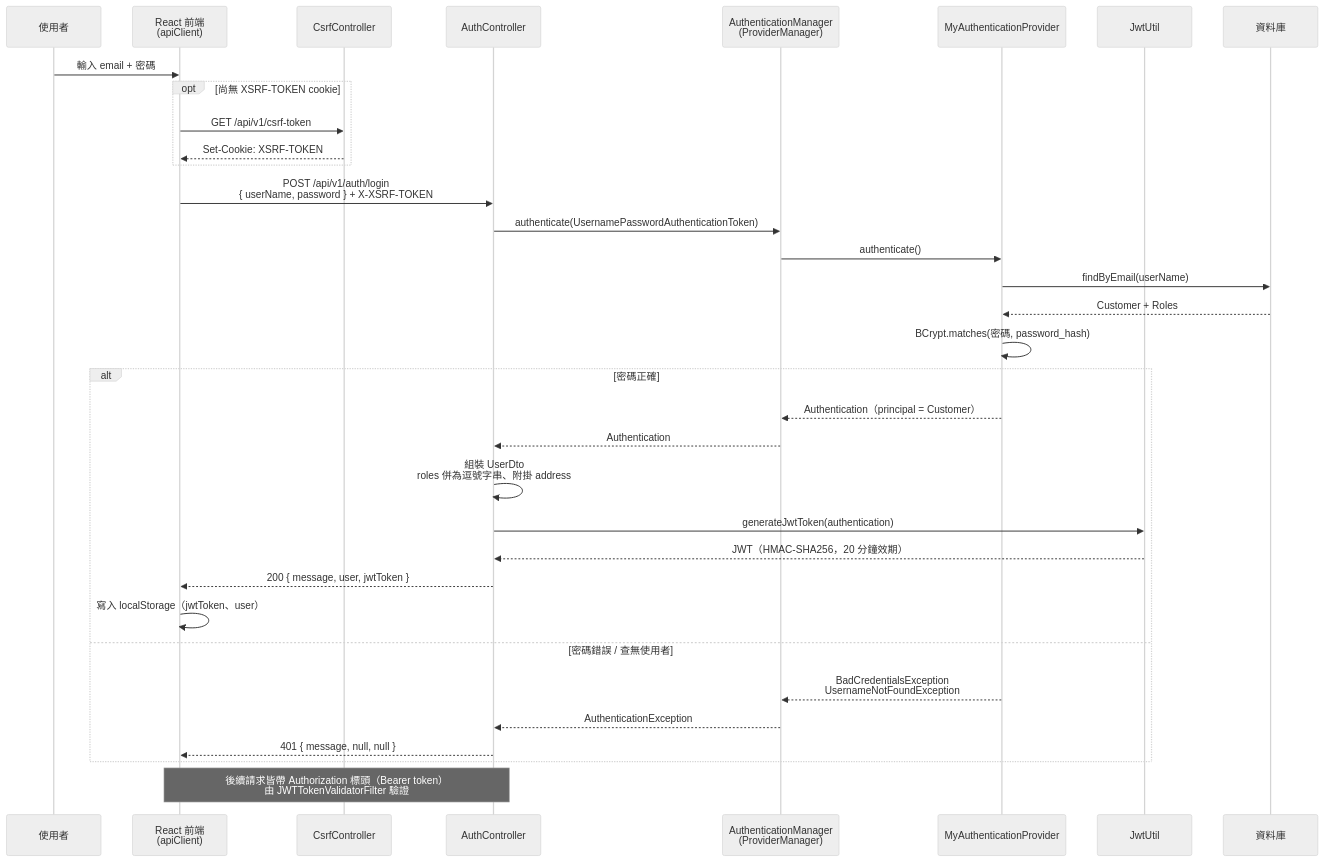
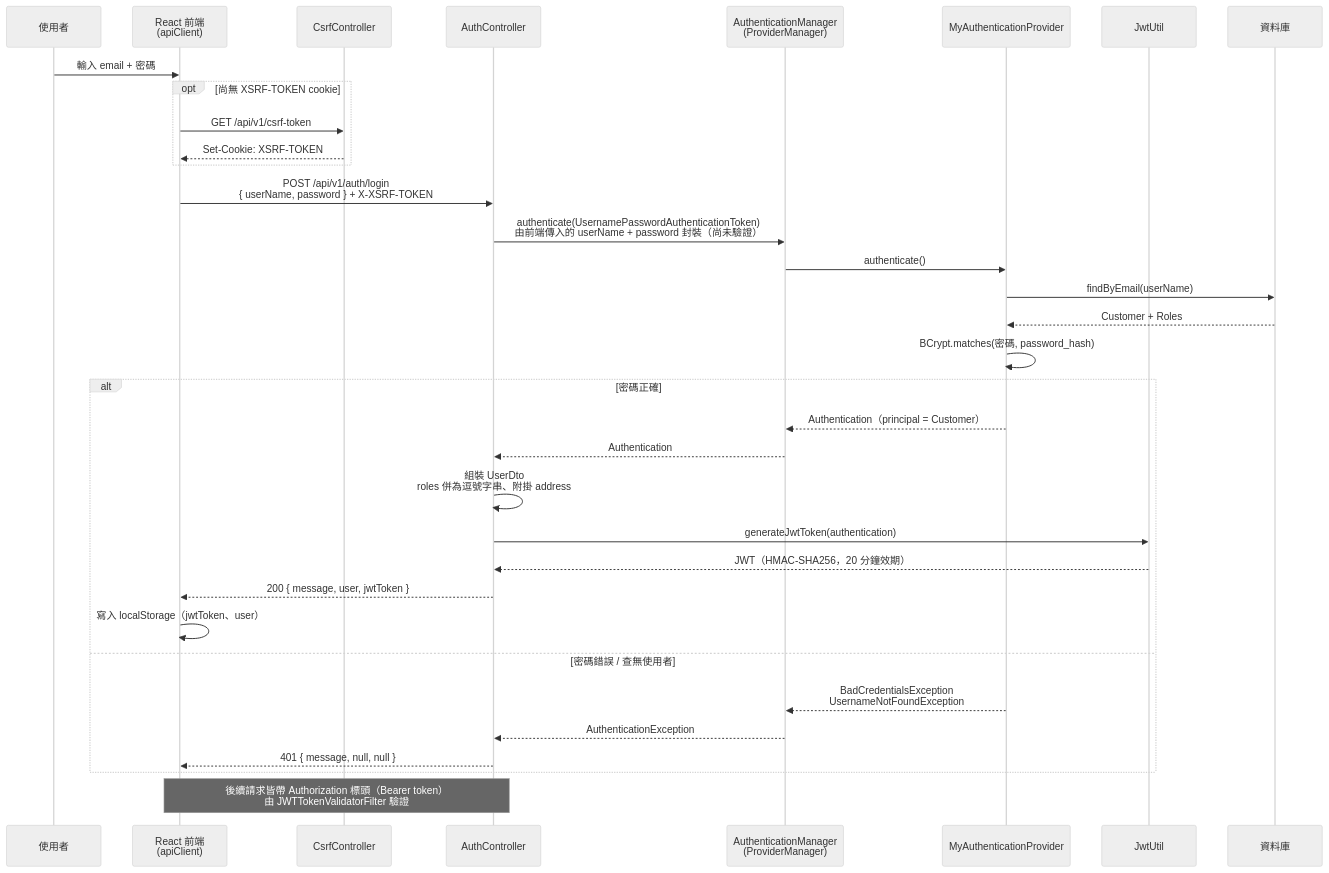
One commit to tonysk0210/react-springboot-webapp changed the second of 5 diagrams in README.md. Above: the diagram before and after it, drawn with Mermaid (neutral theme). The commit also changed 4 other files, not shown here.

````diff
--- a/README.md
+++ b/README.md
@@ -78,38 +78,38 @@
 ```mermaid
 sequenceDiagram
     participant U as 使用者
     participant F as React 前端<br/>(apiClient)
     participant C as CsrfController
     participant A as AuthController
     participant M as AuthenticationManager<br/>(ProviderManager)
     participant P as MyAuthenticationProvider
     participant J as JwtUtil
     participant DB as 資料庫
 
     U->>F: 輸入 email + 密碼
     opt 尚無 XSRF-TOKEN cookie
         F->>C: GET /api/v1/csrf-token
         C-->>F: Set-Cookie: XSRF-TOKEN
     end
     F->>A: POST /api/v1/auth/login<br/>{ userName, password } + X-XSRF-TOKEN
-    A->>M: authenticate(UsernamePasswordAuthenticationToken)
+    A->>M: authenticate(UsernamePasswordAuthenticationToken)<br/>由前端傳入的 userName + password 封裝（尚未驗證）
     M->>P: authenticate()
     P->>DB: findByEmail(userName)
     DB-->>P: Customer + Roles
     P->>P: BCrypt.matches(密碼, password_hash)
     alt 密碼正確
         P-->>M: Authentication（principal = Customer）
         M-->>A: Authentication
         A->>A: 組裝 UserDto<br/>roles 併為逗號字串、附掛 address
         A->>J: generateJwtToken(authentication)
         J-->>A: JWT（HMAC-SHA256，20 分鐘效期）
         A-->>F: 200 { message, user, jwtToken }
         F->>F: 寫入 localStorage（jwtToken、user）
     else 密碼錯誤 / 查無使用者
         P-->>M: BadCredentialsException<br/>UsernameNotFoundException
         M-->>A: AuthenticationException
         A-->>F: 401 { message, null, null }
     end
 
     Note over F,A: 後續請求皆帶 Authorization 標頭（Bearer token）<br/>由 JWTTokenValidatorFilter 驗證
 ```
````
